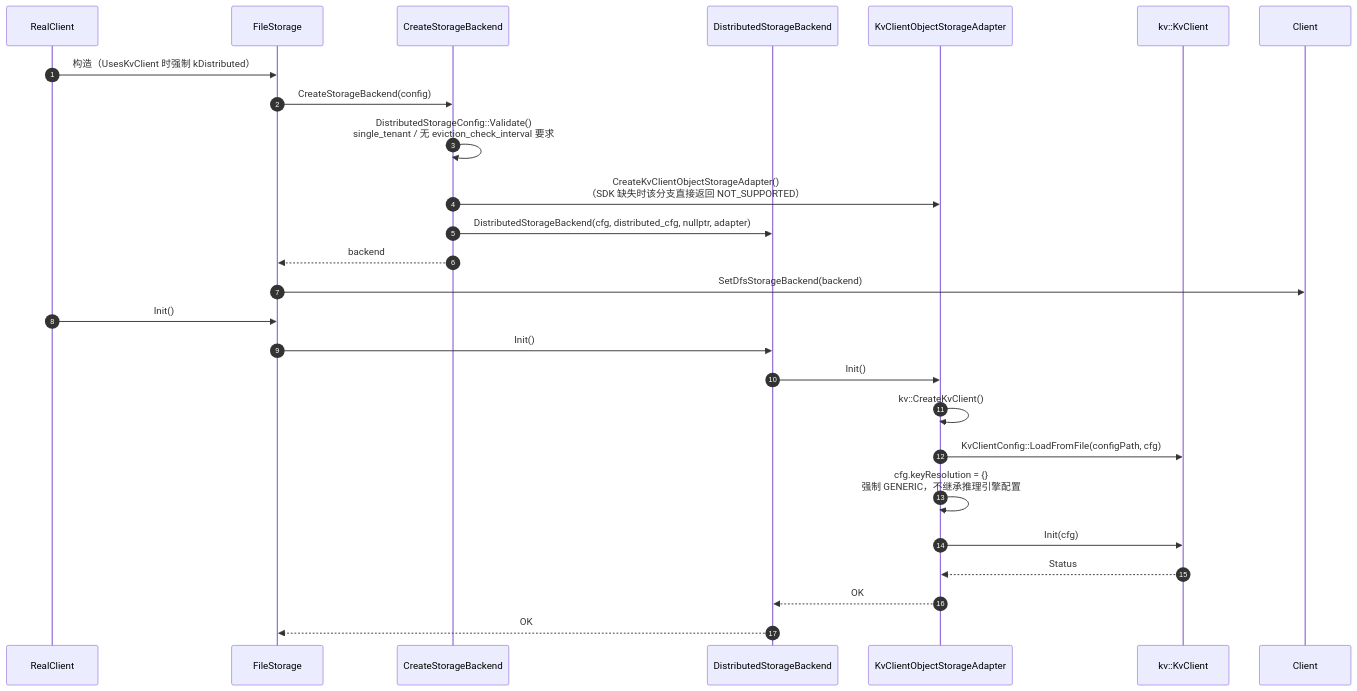
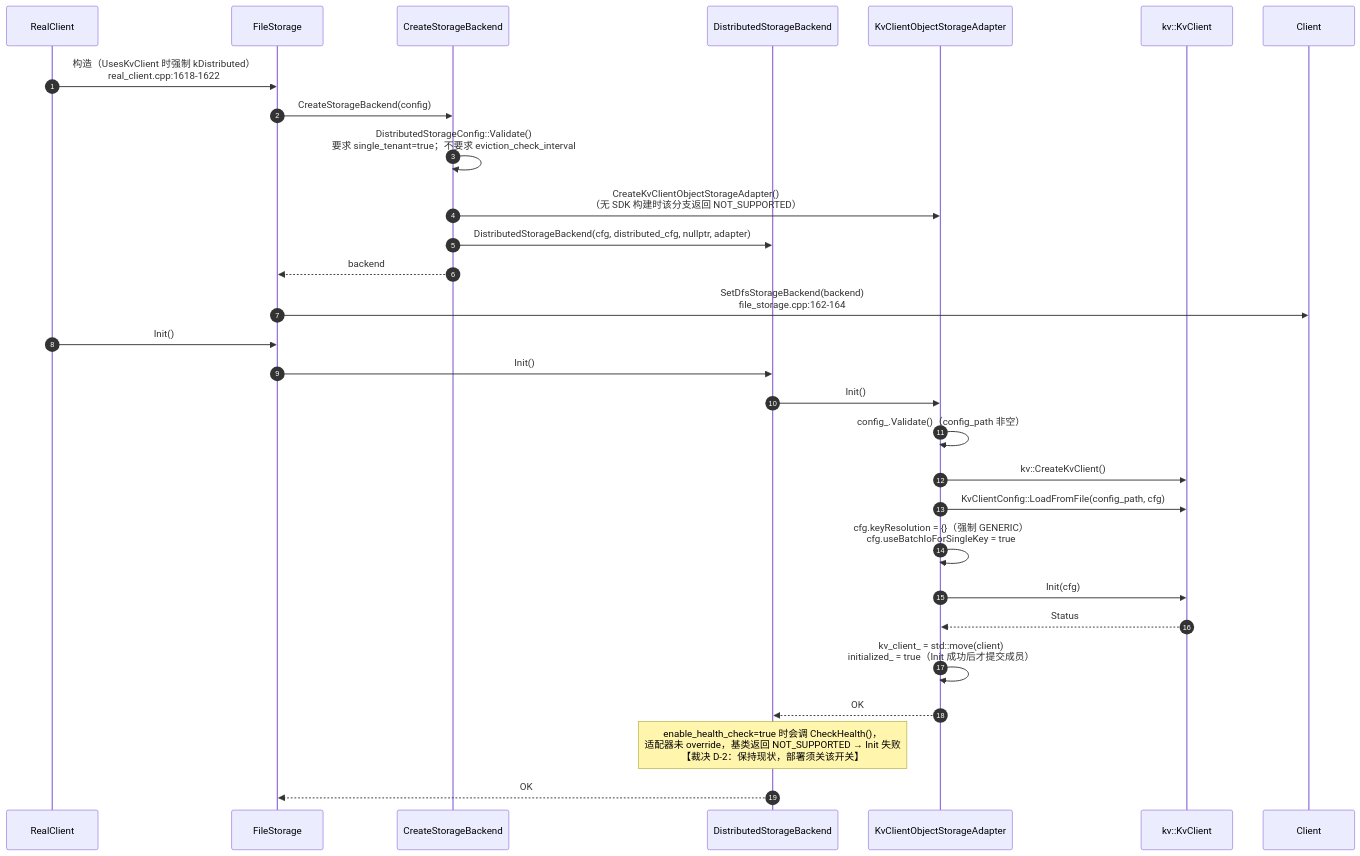
The eighth of 13 diagrams in Mooncake + KVClient L3 接入（Kvcs）- v3.md (zwj20000328-dotcom/Mooncake-documents), drawn with Mermaid before and after one commit. The commit also changed other lines of this file, not shown here.

````diff
--- a/Mooncake + KVClient L3 接入（Kvcs）- v3.md
+++ b/Mooncake + KVClient L3 接入（Kvcs）- v3.md
@@ -565,29 +647,32 @@
 ```mermaid
 sequenceDiagram
     autonumber
     participant RC as RealClient
     participant FS as FileStorage
     participant F as CreateStorageBackend
     participant BE as DistributedStorageBackend
     participant AD as KvClientObjectStorageAdapter
     participant SDK as kv::KvClient
     participant C as Client
 
-    RC->>FS: 构造（UsesKvClient 时强制 kDistributed）
+    RC->>FS: 构造（UsesKvClient 时强制 kDistributed）<br/>real_client.cpp:1618-1622
     FS->>F: CreateStorageBackend(config)
-    F->>F: DistributedStorageConfig::Validate()<br/>single_tenant / 无 eviction_check_interval 要求
-    F->>AD: CreateKvClientObjectStorageAdapter()<br/>（SDK 缺失时该分支直接返回 NOT_SUPPORTED）
+    F->>F: DistributedStorageConfig::Validate()<br/>要求 single_tenant=true；不要求 eviction_check_interval
+    F->>AD: CreateKvClientObjectStorageAdapter()<br/>（无 SDK 构建时该分支返回 NOT_SUPPORTED）
     F->>BE: DistributedStorageBackend(cfg, distributed_cfg, nullptr, adapter)
     F-->>FS: backend
-    FS->>C: SetDfsStorageBackend(backend)
+    FS->>C: SetDfsStorageBackend(backend)<br/>file_storage.cpp:162-164
     RC->>FS: Init()
     FS->>BE: Init()
     BE->>AD: Init()
-    AD->>AD: kv::CreateKvClient()
-    AD->>SDK: KvClientConfig::LoadFromFile(configPath, cfg)
-    AD->>AD: cfg.keyResolution = {}<br/>强制 GENERIC，不继承推理引擎配置
+    AD->>AD: config_.Validate()（config_path 非空）
+    AD->>SDK: kv::CreateKvClient()
+    AD->>SDK: KvClientConfig::LoadFromFile(config_path, cfg)
+    AD->>AD: cfg.keyResolution = {}（强制 GENERIC）<br/>cfg.useBatchIoForSingleKey = true
     AD->>SDK: Init(cfg)
     SDK-->>AD: Status
+    AD->>AD: kv_client_ = std::move(client)<br/>initialized_ = true（Init 成功后才提交成员）
     AD-->>BE: OK
+    Note over BE: enable_health_check=true 时会调 CheckHealth()，<br/>适配器未 override，基类返回 NOT_SUPPORTED → Init 失败<br/>【裁决 D-2：保持现状，部署须关该开关】
     BE-->>FS: OK
 ```
````
